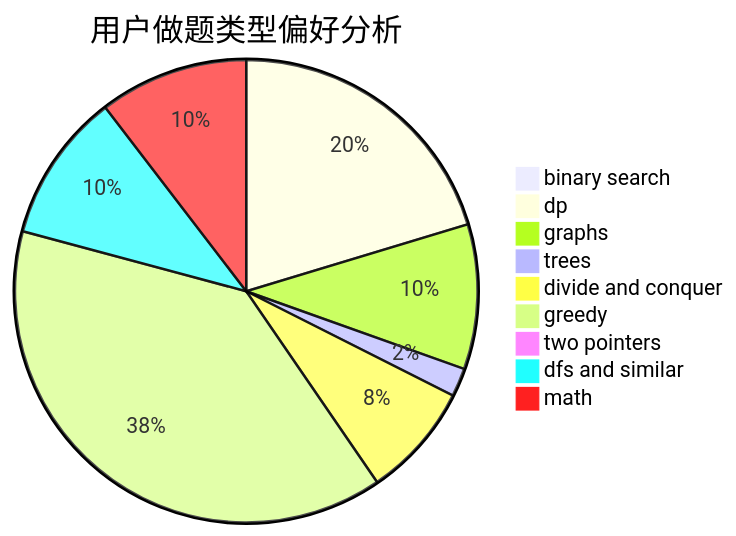
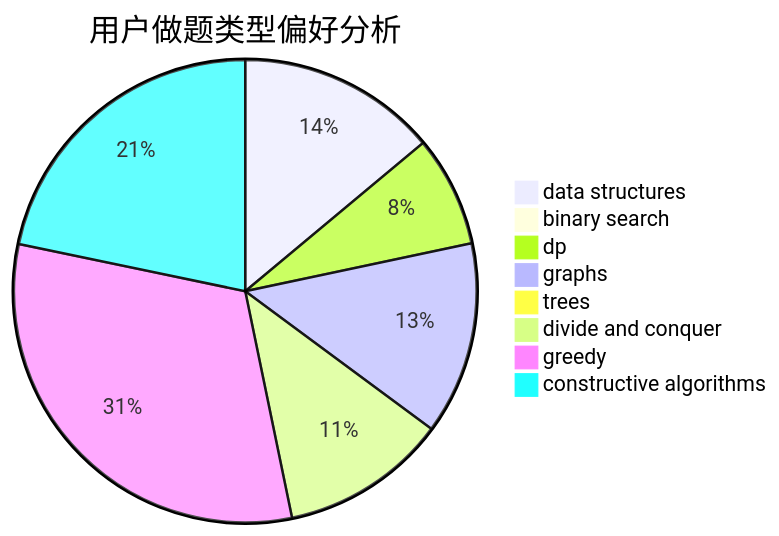
Before and after one commit to sherpahu/cfrs.github.io: the second of 3 diagrams in docs/user/u1299.md, drawn with Mermaid. The commit also changed other lines of this file and 2775 other files, not shown here.

````diff
--- a/docs/user/u1299.md
+++ b/docs/user/u1299.md
@@ -23,12 +23,11 @@
 ```mermaid
 pie title 用户做题类型偏好分析
-    "binary search" :  31
-    "dp" :  623
-    "graphs" :  310
-    "trees" :  61
-    "divide and conquer" :  245
-    "greedy" :  1187
-    "two pointers" :  25
-    "dfs and similar" :  319
-    "math" :  319
+    "data structures" :  290
+    "binary search" :  21
+    "dp" :  161
+    "graphs" :  280
+    "trees" :  9
+    "divide and conquer" :  242
+    "greedy" :  656
+    "constructive algorithms" :  452
 ```
````
